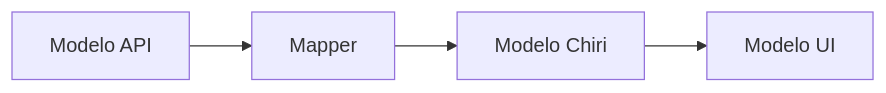
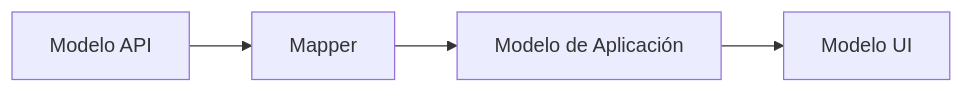
Before and after one commit to chirijose79-ui/Chiri: the ninth of 21 diagrams in docs/040_Android.md, drawn with Mermaid. The commit also changed other lines of this file, not shown here.

Commit message:
docs(android): finalize android architecture

````diff
--- a/docs/040_Android.md
+++ b/docs/040_Android.md
@@ -1238,16 +1410,16 @@
-```mermaid id="7q2m8x"
+```mermaid
 flowchart LR
 
     APIModel["Modelo API"]
 
     Mapper["Mapper"]
 
-    DomainModel["Modelo Chiri"]
+    DomainModel["Modelo de Aplicación"]
 
     UIModel["Modelo UI"]
 
 
     APIModel --> Mapper
     Mapper --> DomainModel
     DomainModel --> UIModel
 ```
````
